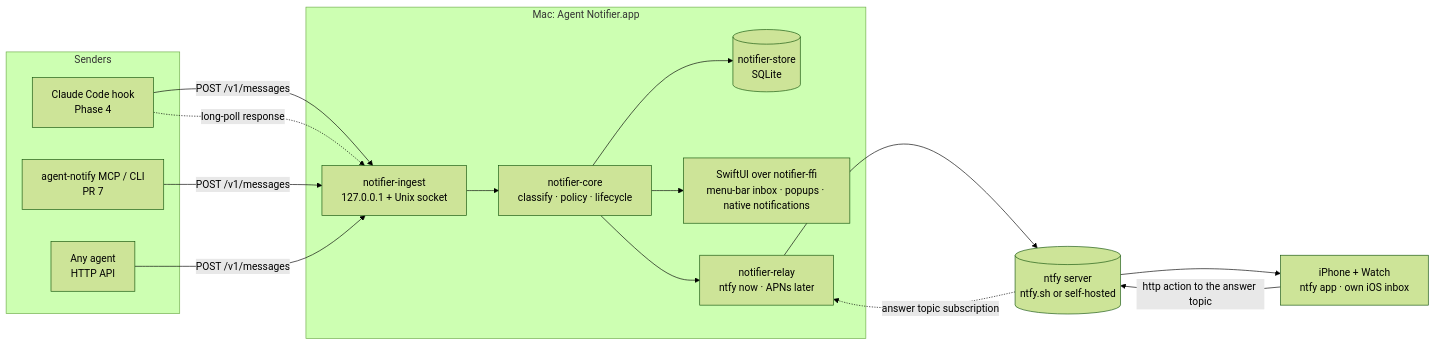
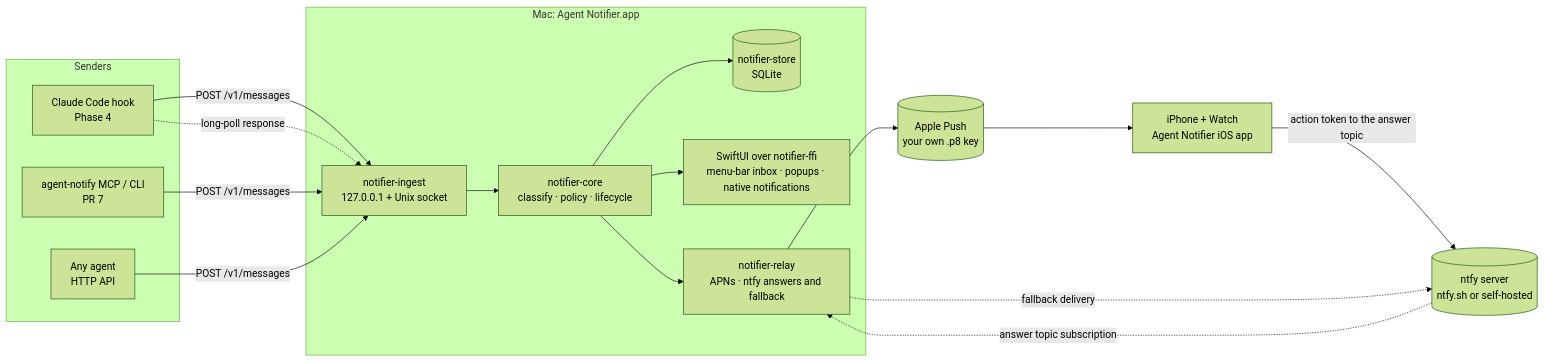
Before and after one commit to Eiluviann/gentbox: the first of 3 diagrams in docs/architecture.md, drawn with Mermaid (forest theme). The commit also changed other lines of this file and 7 other files, not shown here.

First line of the commit message:
Move the phone path to our own iOS app over APNs

````diff
--- a/docs/architecture.md
+++ b/docs/architecture.md
@@ -22,25 +22,27 @@
 ```mermaid
 flowchart LR
   subgraph senders[Senders]
     hook[Claude Code hook<br/>Phase 4]
     mcp[agent-notify MCP / CLI<br/>PR 7]
     other[Any agent<br/>HTTP API]
   end
   subgraph mac[Mac: Agent Notifier.app]
     ingest[notifier-ingest<br/>127.0.0.1 + Unix socket]
     core[notifier-core<br/>classify · policy · lifecycle]
     store[(notifier-store<br/>SQLite)]
-    relay[notifier-relay<br/>ntfy now · APNs later]
+    relay[notifier-relay<br/>APNs · ntfy answers and fallback]
     ui[SwiftUI over notifier-ffi<br/>menu-bar inbox · popups · native notifications]
   end
+  apns[(Apple Push<br/>your own .p8 key)]
   ntfy[(ntfy server<br/>ntfy.sh or self-hosted)]
-  phone[iPhone + Watch<br/>ntfy app · own iOS inbox]
+  phone[iPhone + Watch<br/>Agent Notifier iOS app]
 
   hook & mcp & other -->|POST /v1/messages| ingest
   hook -.->|long-poll response| ingest
   ingest --> core --> store
   core --> ui
-  core --> relay --> ntfy --> phone
-  phone -->|http action to the answer topic| ntfy
+  core --> relay --> apns --> phone
+  relay -.->|fallback delivery| ntfy
+  phone -->|action token to the answer topic| ntfy
   ntfy -.->|answer topic subscription| relay
 ```
````
